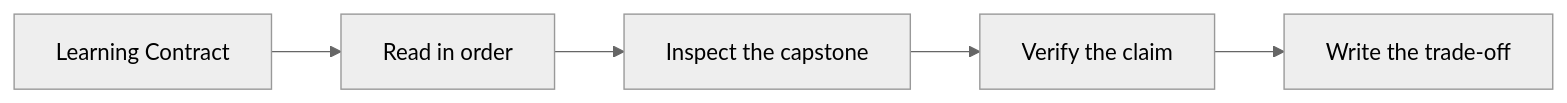
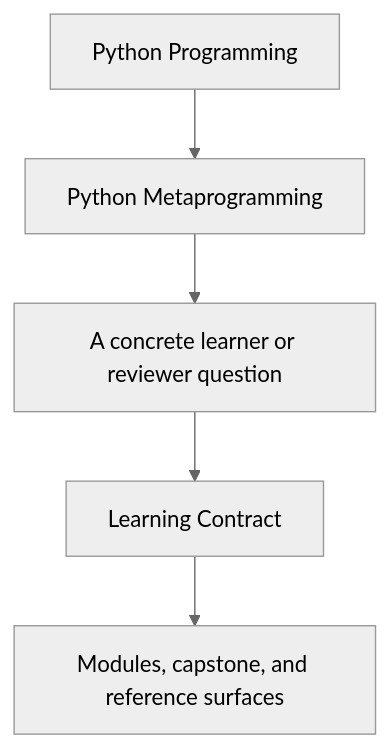
One commit to bijux/bijux-masterclass changed the first of 2 diagrams in programs/python-programming/python-meta-programming/course-book/guides/learning-contract.md. Above: the diagram before and after it, drawn with Mermaid (neutral theme). The commit also changed other lines of this file and 15 other files, not shown here.

Commit message:
docs(python-meta-programming): sharpen guide and reference diagrams

````diff
--- a/programs/python-programming/python-meta-programming/course-book/guides/learning-contract.md
+++ b/programs/python-programming/python-meta-programming/course-book/guides/learning-contract.md
@@ -6,10 +6,7 @@
 ```mermaid
-graph LR
-  contract["Learning Contract"]
-  order["Read in order"]
-  inspect["Inspect the capstone"]
-  verify["Verify the claim"]
-  reflect["Write the trade-off"]
-
-  contract --> order --> inspect --> verify --> reflect
+flowchart TD
+  family["Python Programming"] --> program["Python Metaprogramming"]
+  program --> pressure["A concrete learner or reviewer question"]
+  pressure --> guide["Learning Contract"]
+  guide --> next["Modules, capstone, and reference surfaces"]
 ```
````
